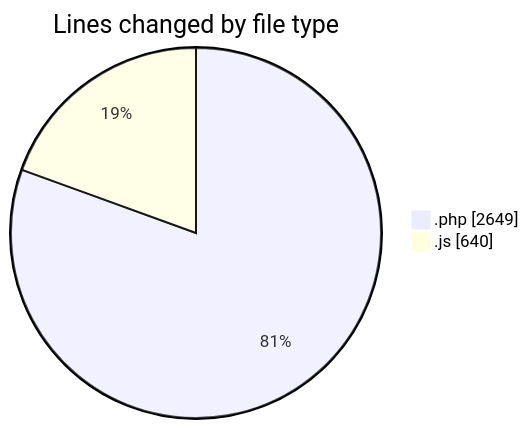
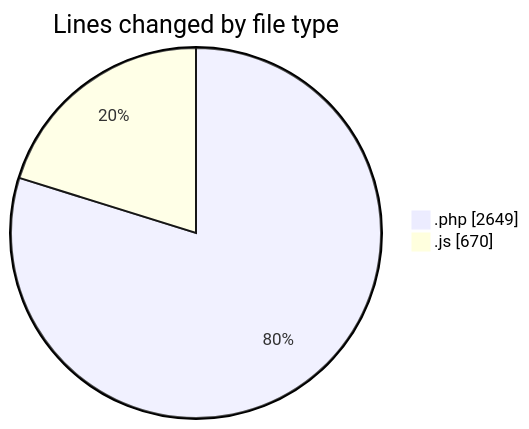
One commit to debugP/code-tracking changed the first of 2 diagrams in 2026-10-20/untitled__workspace_/README.md. Above: the diagram before and after it, drawn with Mermaid. The commit also changed other lines of this file and 1 other file, not shown here.

````diff
--- a/2026-10-20/untitled__workspace_/README.md
+++ b/2026-10-20/untitled__workspace_/README.md
@@ -21,6 +21,6 @@
 ```mermaid
 pie showData
 title Lines changed by file type
 ".php" : 2649
-".js" : 640
+".js" : 670
 ```
````
